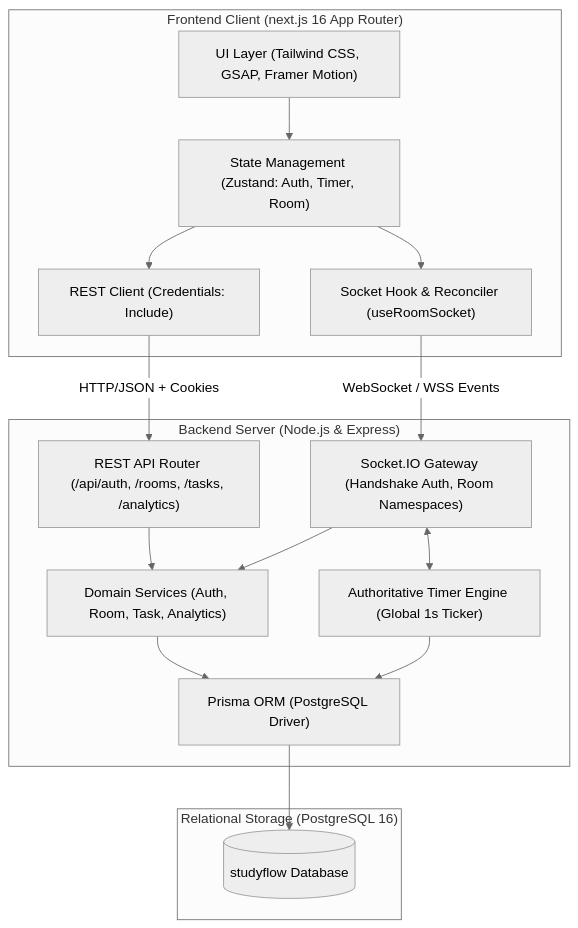
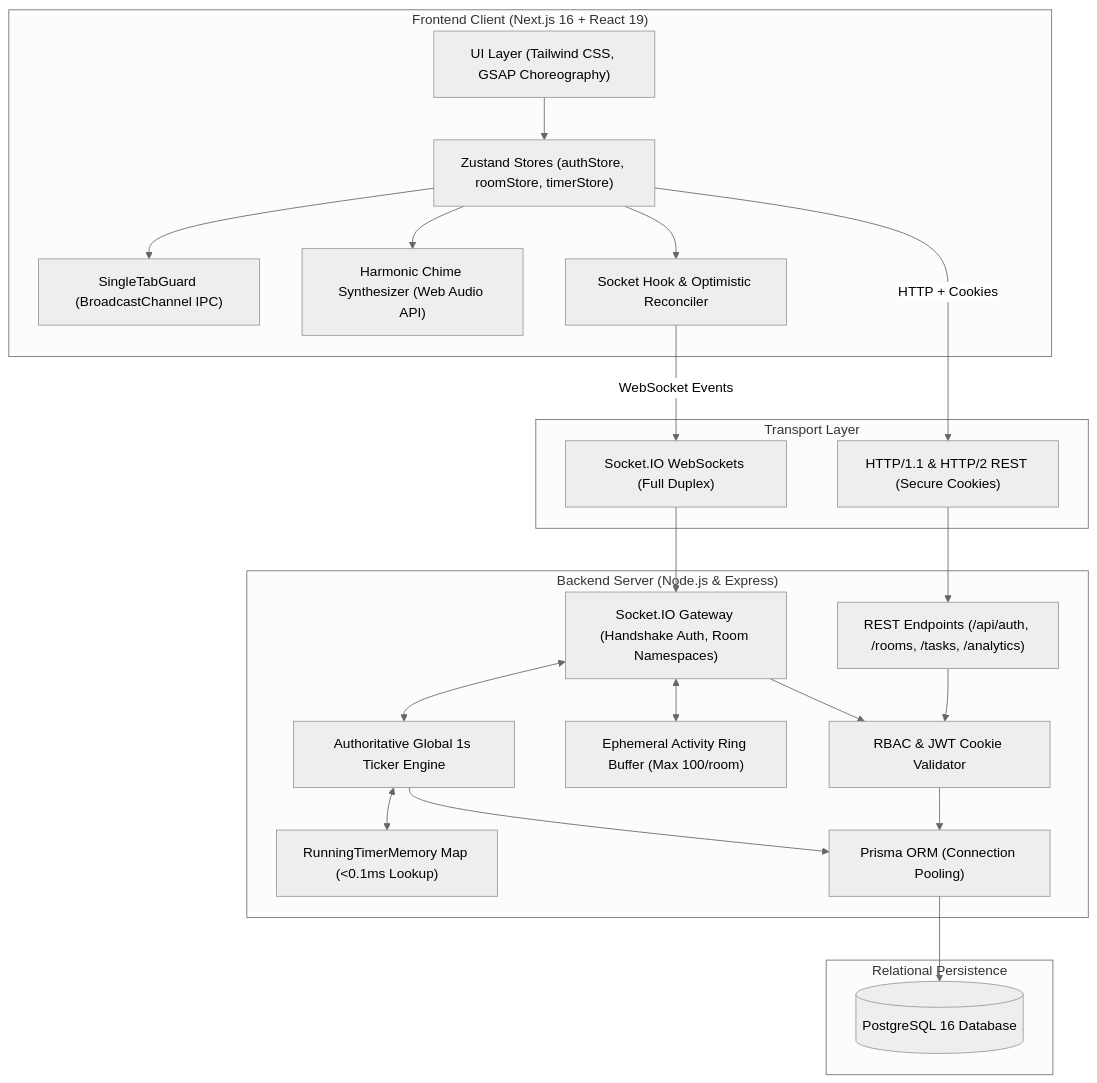
Before and after one commit to search4asraful/studyflow: the diagram in docs/ACADEMIC_DEFENSE.md, drawn with Mermaid (neutral theme). The commit also changed other lines of this file and 15 other files, not shown here.

````diff
--- a/docs/ACADEMIC_DEFENSE.md
+++ b/docs/ACADEMIC_DEFENSE.md
@@ -21,33 +90,47 @@
 ```mermaid
 flowchart TD
-    subgraph Client["Frontend Client (next.js 16 App Router)"]
-        UI["UI Layer (Tailwind CSS, GSAP, Framer Motion)"]
-        Stores["State Management (Zustand: Auth, Timer, Room)"]
-        SocketHook["Socket Hook & Reconciler (useRoomSocket)"]
-        ApiClient["REST Client (Credentials: Include)"]
+    subgraph Frontend["Frontend Client (Next.js 16 + React 19)"]
+        UI["UI Layer (Tailwind CSS, GSAP Choreography)"]
+        TabGuard["SingleTabGuard (BroadcastChannel IPC)"]
+        WebAudio["Harmonic Chime Synthesizer (Web Audio API)"]
+        ZustandStores["Zustand Stores (authStore, roomStore, timerStore)"]
+        SocketHook["Socket Hook & Optimistic Reconciler"]
     end
 
-    subgraph Server["Backend Server (Node.js & Express)"]
-        RestRouter["REST API Router (/api/auth, /rooms, /tasks, /analytics)"]
-        SocketGateway["Socket.IO Gateway (Handshake Auth, Room Namespaces)"]
-        TimerEngine["Authoritative Timer Engine (Global 1s Ticker)"]
-        Services["Domain Services (Auth, Room, Task, Analytics)"]
-        PrismaORM["Prisma ORM (PostgreSQL Driver)"]
+    subgraph Transport["Transport Layer"]
+        RestTransport["HTTP/1.1 & HTTP/2 REST (Secure Cookies)"]
+        WsTransport["Socket.IO WebSockets (Full Duplex)"]
     end
 
-    subgraph Database["Relational Storage (PostgreSQL 16)"]
-        PG[("studyflow Database")]
+    subgraph Backend["Backend Server (Node.js & Express)"]
+        RestGateway["REST Endpoints (/api/auth, /rooms, /tasks, /analytics)"]
+        SocketGateway["Socket.IO Gateway (Handshake Auth, Room Namespaces)"]
+        TickerEngine["Authoritative Global 1s Ticker Engine"]
+        MemoryState["RunningTimerMemory Map (<0.1ms Lookup)"]
+        RingBuffer["Ephemeral Activity Ring Buffer (Max 100/room)"]
+        AuthRBAC["RBAC & JWT Cookie Validator"]
+        PrismaORM["Prisma ORM (Connection Pooling)"]
     end
 
-    UI --> Stores
-    Stores --> SocketHook
-    Stores --> ApiClient
-    ApiClient -->|HTTP/JSON + Cookies| RestRouter
-    SocketHook -->|WebSocket / WSS Events| SocketGateway
-    RestRouter --> Services
-    SocketGateway --> Services
-    SocketGateway <--> TimerEngine
-    Services --> PrismaORM
-    TimerEngine --> PrismaORM
-    PrismaORM --> PG
+    subgraph Database["Relational Persistence"]
+        Postgres[("PostgreSQL 16 Database")]
+    end
+
+    UI --> ZustandStores
+    ZustandStores --> TabGuard
+    ZustandStores --> WebAudio
+    ZustandStores --> SocketHook
+    SocketHook -->|WebSocket Events| WsTransport
+    ZustandStores -->|HTTP + Cookies| RestTransport
+
+    RestTransport --> RestGateway
+    WsTransport --> SocketGateway
+    RestGateway --> AuthRBAC
+    SocketGateway --> AuthRBAC
+    SocketGateway <--> TickerEngine
+    TickerEngine <--> MemoryState
+    SocketGateway <--> RingBuffer
+    AuthRBAC --> PrismaORM
+    TickerEngine --> PrismaORM
+    PrismaORM --> Postgres
 ```
````
